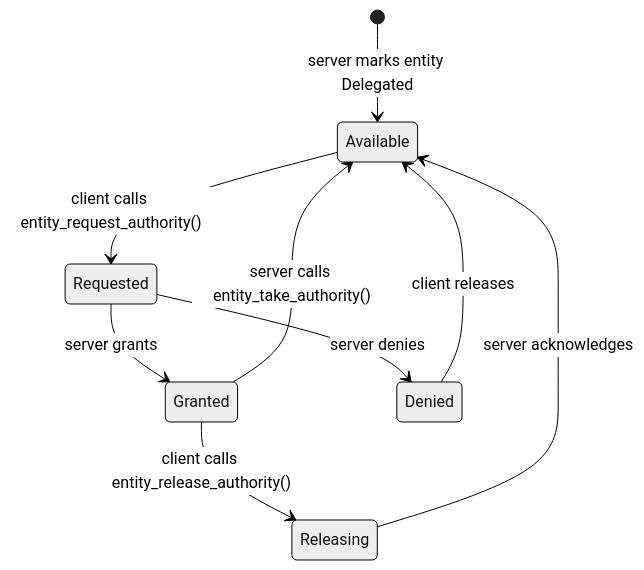
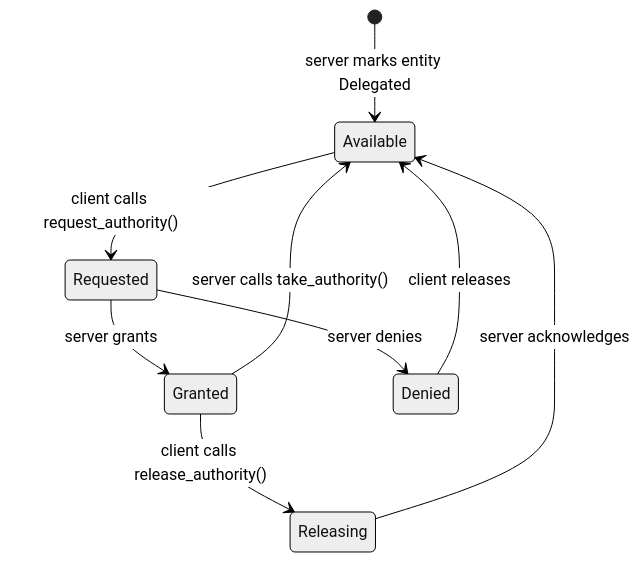
Before and after one commit to naia-lib/naia: the diagram in book/src/authority/delegation.md, drawn with Mermaid (neutral theme). The commit also changed other lines of this file and 13 other files, not shown here.

````diff
--- a/book/src/authority/delegation.md
+++ b/book/src/authority/delegation.md
@@ -17,11 +17,11 @@
 ```mermaid
 stateDiagram-v2
     [*] --> Available : server marks entity Delegated
-    Available --> Requested : client calls entity_request_authority()
+    Available --> Requested : client calls request_authority()
     Requested --> Granted : server grants
     Requested --> Denied : server denies
     Denied --> Available : client releases
-    Granted --> Releasing : client calls entity_release_authority()
+    Granted --> Releasing : client calls release_authority()
     Releasing --> Available : server acknowledges
-    Granted --> Available : server calls entity_take_authority()
+    Granted --> Available : server calls take_authority()
 ```
````
